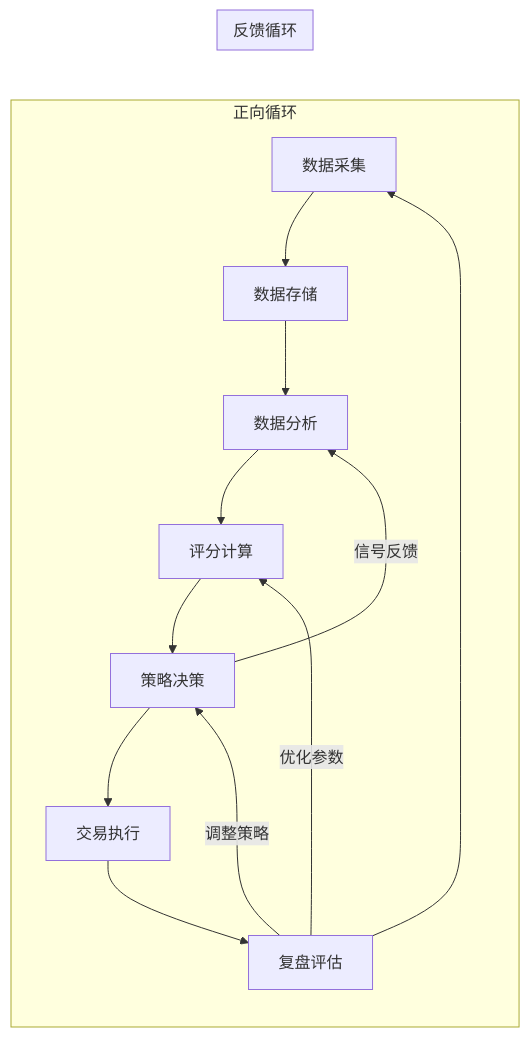
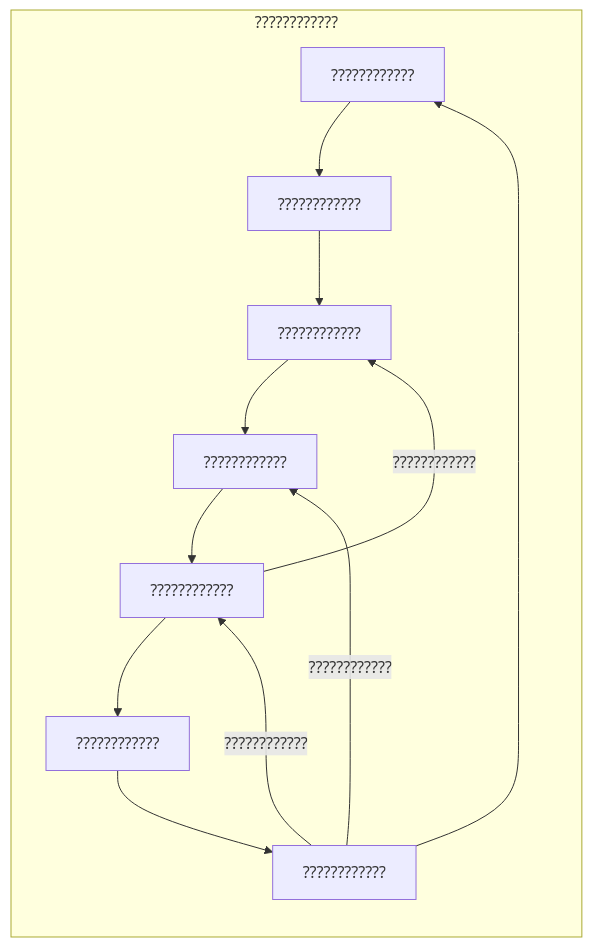
Diagram 13 of 19 in docs/explanation/design/databridge数据链路全景分析报告.md (DHENGHONGYU/-), drawn with Mermaid before and after one commit. The commit also changed other lines of this file and 664 other files, not shown here.

````diff
--- a/docs/explanation/design/databridge数据链路全景分析报告.md
+++ b/docs/explanation/design/databridge数据链路全景分析报告.md
@@ -574,18 +574,18 @@
 ```mermaid
 graph LR
-    subgraph 正向循环
-        Fetch[数据采集] --> Store[数据存储]
-        Store --> Analyze[数据分析]
-        Analyze --> Score[评分计算]
-        Score --> Strategy[策略决策]
-        Strategy --> Trade[交易执行]
-        Trade --> Review[复盘评估]
+    subgraph ????????????
+        Fetch[????????????] --> Store[????????????]
+        Store --> Analyze[????????????]
+        Analyze --> Score[????????????]
+        Score --> Strategy[????????????]
+        Strategy --> Trade[????????????]
+        Trade --> Review[????????????]
         Review --> Fetch
     end
     
-    subgraph 反馈循环
-        Review -->|优化参数| Score
-        Review -->|调整策略| Strategy
-        Strategy -->|信号反馈| Analyze
+    subgraph ????????????
+        Review -->|????????????| Score
+        Review -->|????????????| Strategy
+        Strategy -->|????????????| Analyze
     end
 ```
````
